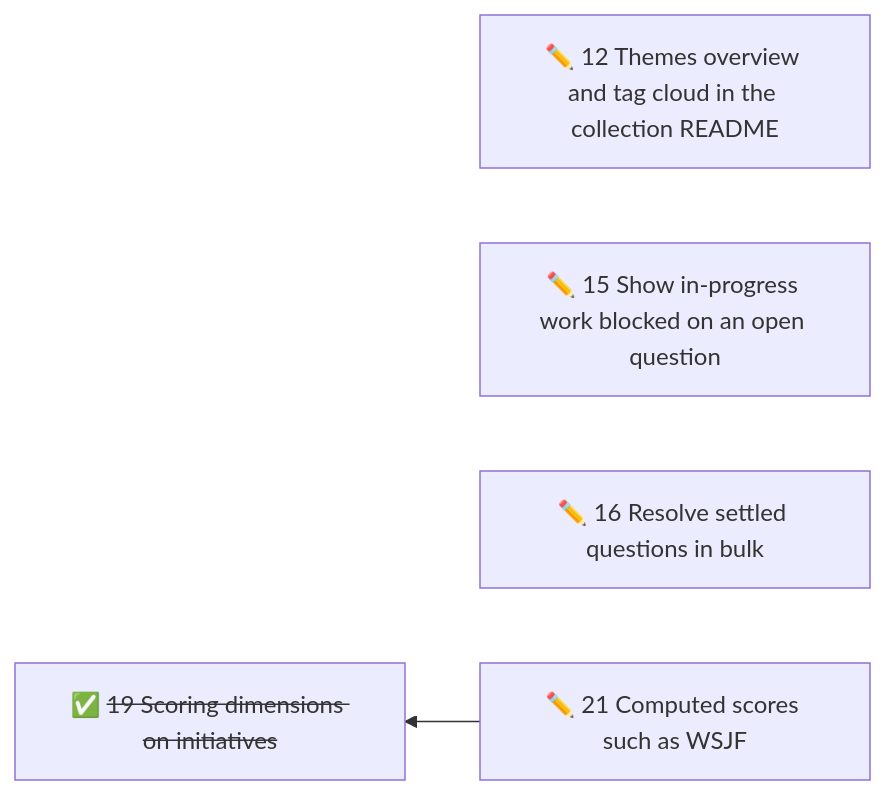
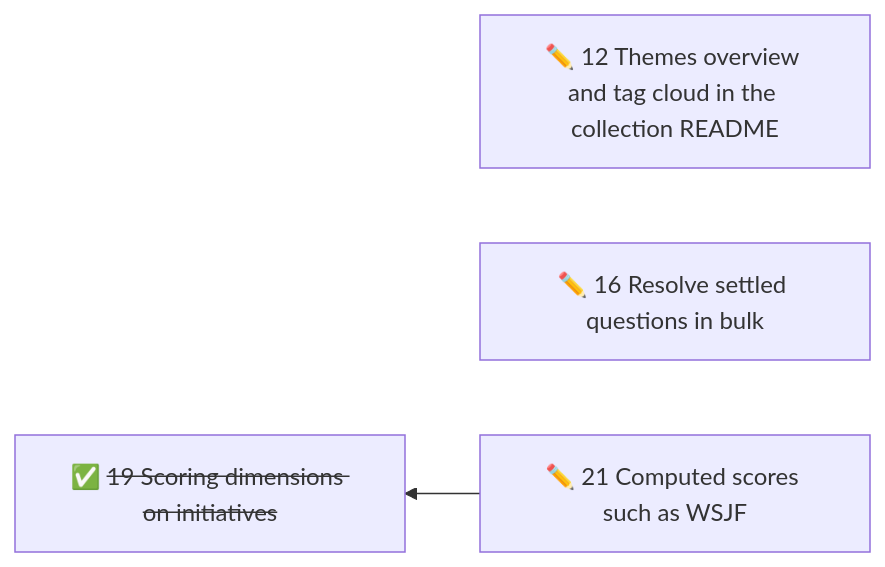
One commit to duckAsteroid/brindley changed the diagram in initiatives/README.md. Above: the diagram before and after it, drawn with Mermaid. The commit also changed other lines of this file and 27 other files, not shown here.

````diff
--- a/initiatives/README.md
+++ b/initiatives/README.md
@@ -31,9 +32,8 @@
 ```mermaid
 flowchart RL
   n12["✏️ 12 Themes overview and tag cloud in the collection README"]
-  n15["✏️ 15 Show in-progress work blocked on an open question"]
   n16["✏️ 16 Resolve settled questions in bulk"]
   n21["✏️ 21 Computed scores such as WSJF"]
   n19["✅ <s>19 Scoring dimensions on initiatives</s>"]
   n21 --> n19
 ```
````
